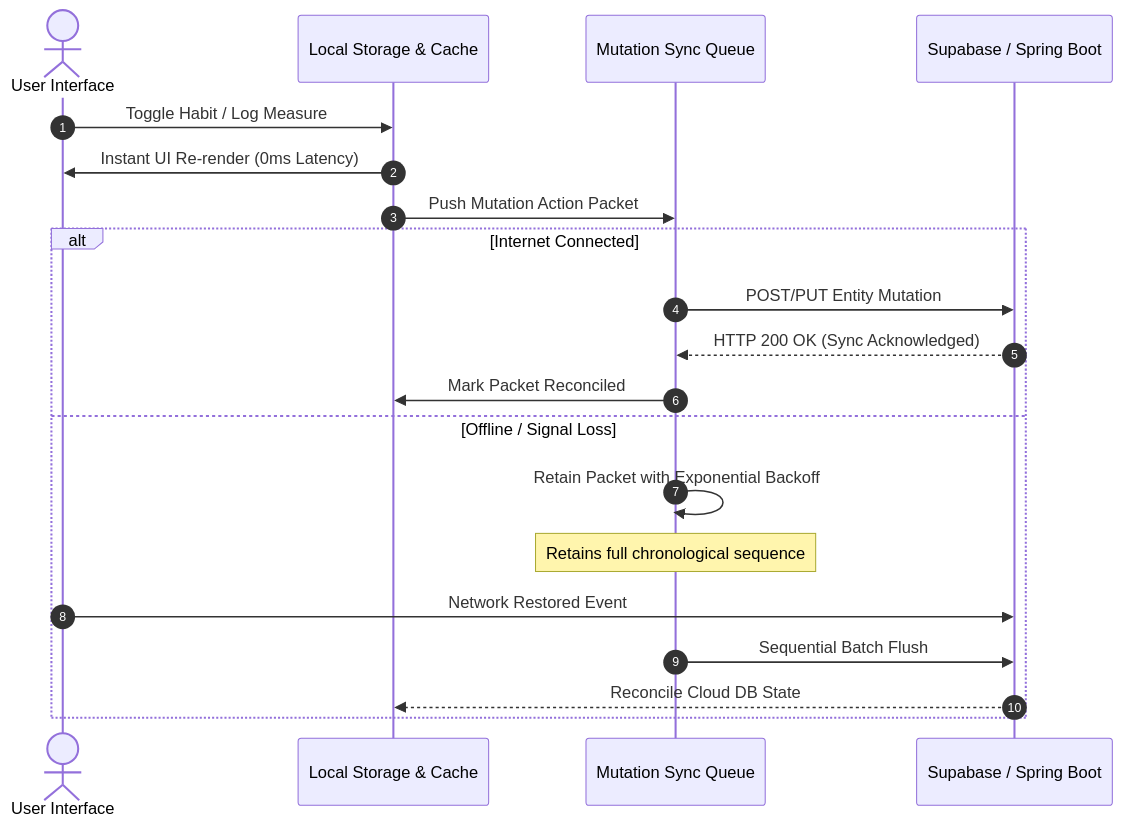
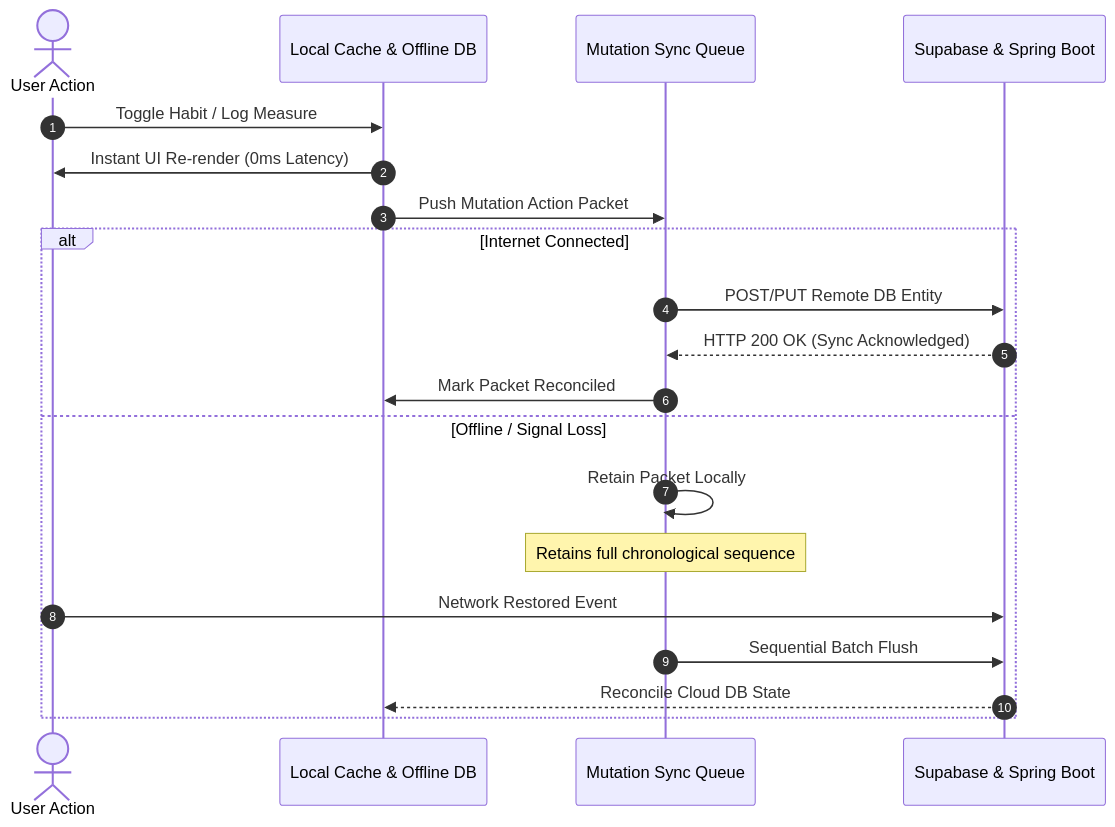
Before and after one commit to premnarayn13/Habit_Hacker: the first of 3 diagrams in README.md, drawn with Mermaid. The commit also changed other lines of this file, not shown here.

Commit message:
fix(docs): clean typography, increase emblem size, fix mermaid diagrams, and format math boxes

````diff
--- a/README.md
+++ b/README.md
@@ -113,23 +140,23 @@
 ```mermaid
 sequenceDiagram
     autonumber
-    actor User as User Interface
-    participant Local as Local Storage & Cache
+    actor User as User Action
+    participant Local as Local Cache & Offline DB
     participant Queue as Mutation Sync Queue
-    participant Cloud as Supabase / Spring Boot
+    participant Cloud as Supabase & Spring Boot
 
     User->>Local: Toggle Habit / Log Measure
     Local->>User: Instant UI Re-render (0ms Latency)
     Local->>Queue: Push Mutation Action Packet
     alt Internet Connected
-        Queue->>Cloud: POST/PUT Entity Mutation
+        Queue->>Cloud: POST/PUT Remote DB Entity
         Cloud-->>Queue: HTTP 200 OK (Sync Acknowledged)
         Queue->>Local: Mark Packet Reconciled
     else Offline / Signal Loss
-        Queue->>Queue: Retain Packet with Exponential Backoff
+        Queue->>Queue: Retain Packet Locally
         Note over Queue: Retains full chronological sequence
         User->>Cloud: Network Restored Event
         Queue->>Cloud: Sequential Batch Flush
         Cloud-->>Local: Reconcile Cloud DB State
     end
 ```
````
